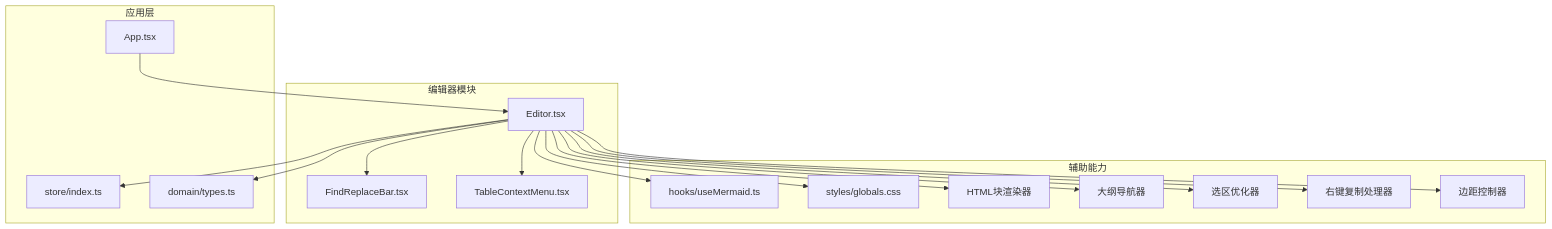
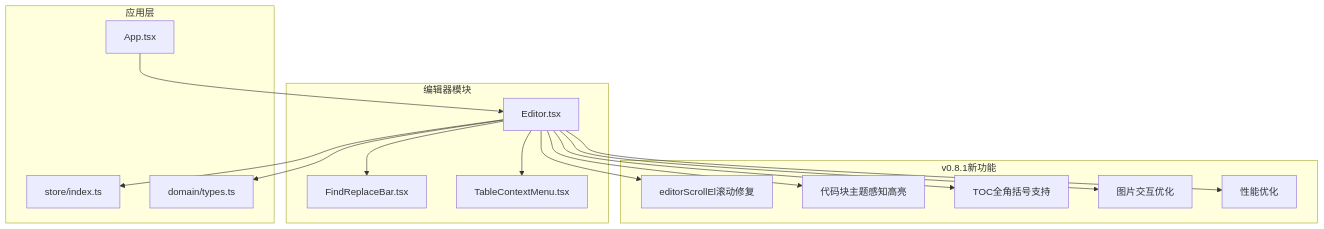
Before and after one commit to gongshiyun/ZenNote: the first of 7 diagrams in .qoder/repowiki/zh/content/核心组件/编辑器组件.md, drawn with Mermaid. The commit also changed other lines of this file and 88 other files, not shown here.

````diff
--- a/.qoder/repowiki/zh/content/核心组件/编辑器组件.md
+++ b/.qoder/repowiki/zh/content/核心组件/编辑器组件.md
@@ -54,34 +51,30 @@
 ```mermaid
 graph TB
 subgraph "编辑器模块"
 E["Editor.tsx"]
 FR["FindReplaceBar.tsx"]
 TCM["TableContextMenu.tsx"]
 end
 subgraph "应用层"
 APP["App.tsx"]
 STORE["store/index.ts"]
 TYPES["domain/types.ts"]
 end
-subgraph "辅助能力"
-MERMAID["hooks/useMermaid.ts"]
-CSS["styles/globals.css"]
-HTMLRENDER["HTML块渲染器"]
-OUTLINENAV["大纲导航器"]
-SELECTIONOPT["选区优化器"]
-RIGHTCLICKCOPY["右键复制处理器"]
-MARGINCTRL["边距控制器"]
+subgraph "v0.8.1新功能"
+SCROLL["editorScrollEl滚动修复"]
+HIGHLIGHT["代码块主题感知高亮"]
+TOCINPUT["TOC全角括号支持"]
+IMGINTERACT["图片交互优化"]
+PERF["性能优化"]
 end
 APP --> E
 E --> FR
 E --> TCM
 E --> STORE
 E --> TYPES
-E --> MERMAID
-E --> CSS
-E --> HTMLRENDER
-E --> OUTLINENAV
-E --> SELECTIONOPT
-E --> RIGHTCLICKCOPY
-E --> MARGINCTRL
+E --> SCROLL
+E --> HIGHLIGHT
+E --> TOCINPUT
+E --> IMGINTERACT
+E --> PERF
 ```
````
